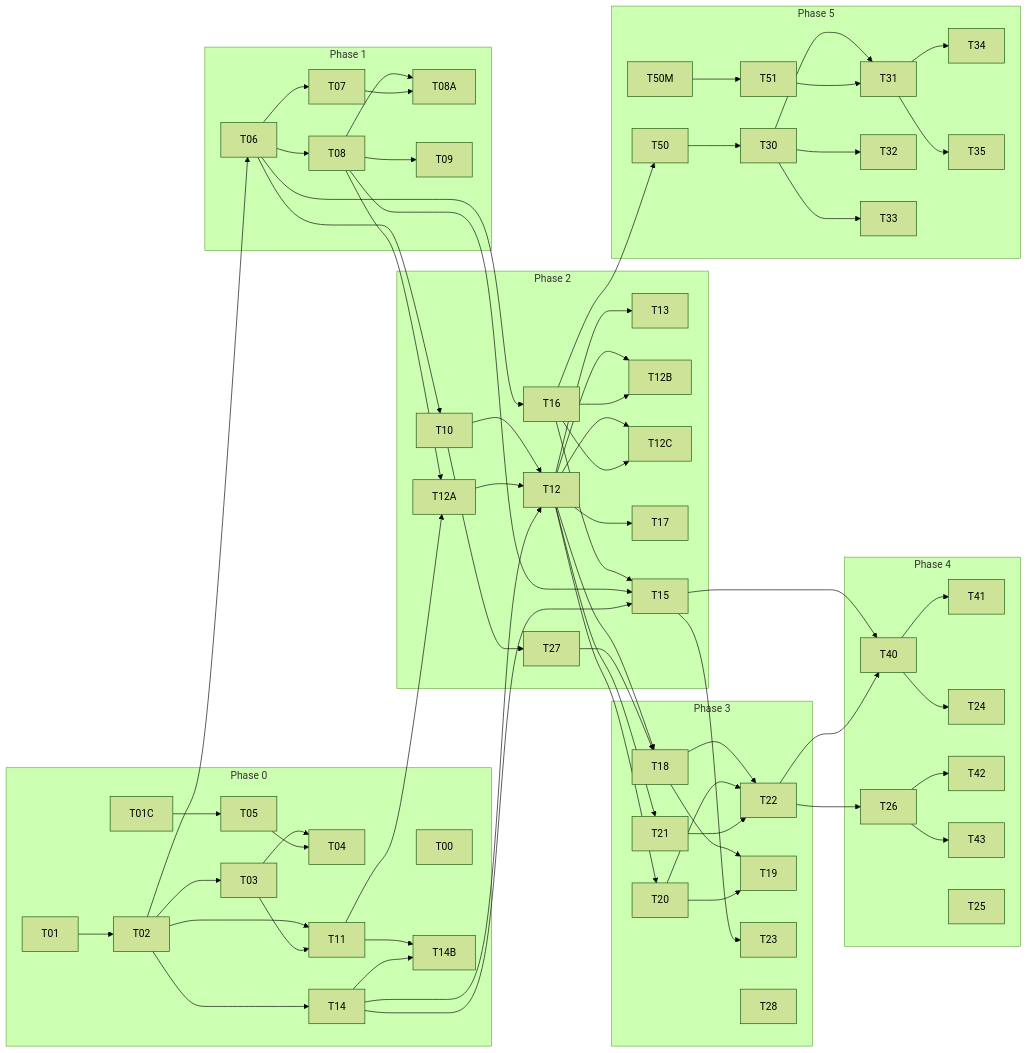
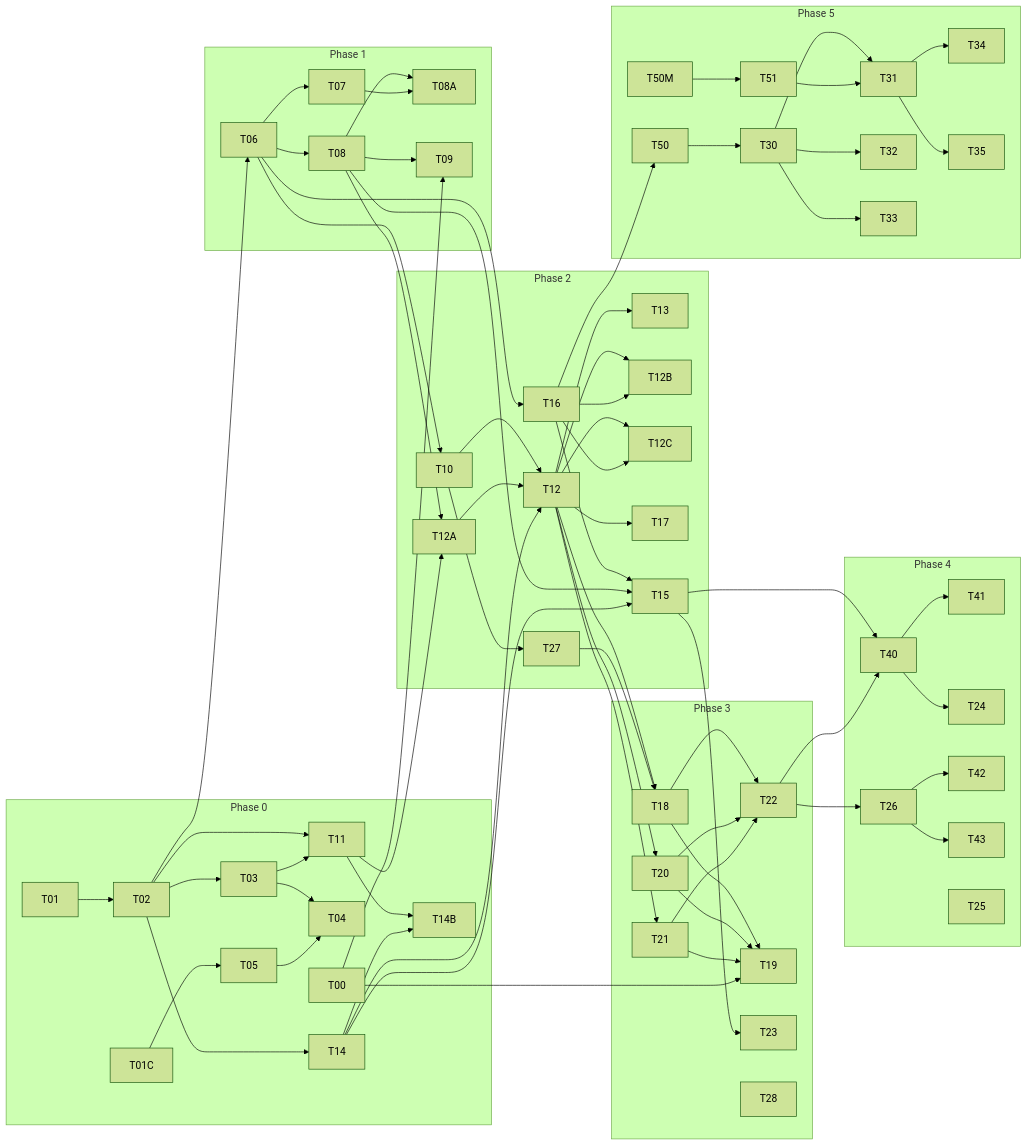
Before and after one commit to Narote-Dev/ThaiShopFun-OMS: the diagram in docs/plan/05-task-list.md, drawn with Mermaid (forest theme). The commit also changed other lines of this file and 1 other file, not shown here.

First line of the commit message:
docs: apply PR #22 roadmap review fixes

````diff
--- a/docs/plan/05-task-list.md
+++ b/docs/plan/05-task-list.md
@@ -42,52 +42,54 @@
 ```mermaid
 flowchart LR
   subgraph P0[Phase 0]
     T00
     T01C
     T01-->T02-->T03-->T04
     T01C-->T05-->T04
     T02-->T11 & T14
     T03-->T11
     T11 & T14-->T14B
   end
   subgraph P1[Phase 1]
     T06-->T07 & T08
     T08-->T08A & T09
     T07-->T08A
+    T00-->T09
   end
   subgraph P2[Phase 2]
     T10-->T12
     T16
     T12A-->T12-->T13 & T12B & T12C & T17
     T16-->T12B & T12C & T15
     T27
   end
   subgraph P3[Phase 3]
     T18 & T20 & T21-->T22
-    T18 & T20-->T19
+    T18 & T20 & T21-->T19
     T23
     T28
   end
+  T00-->T19
   subgraph P4[Phase 4]
     T40-->T41 & T24
     T26-->T42 & T43
     T25
   end
   subgraph P5[Phase 5]
     T50M-->T51
     T50-->T30-->T31 & T32 & T33
     T51-->T31
     T31-->T34 & T35
   end
   T02-->T06
   T06-->T10 & T16
   T08-->T12A & T15
   T11-->T12A
   T14-->T12 & T15
   T12-->T18 & T20 & T21
   T27-->T18
   T10-->T27
   T15-->T23 & T40
   T22-->T40 & T26
   T16-->T50
 ```
````
